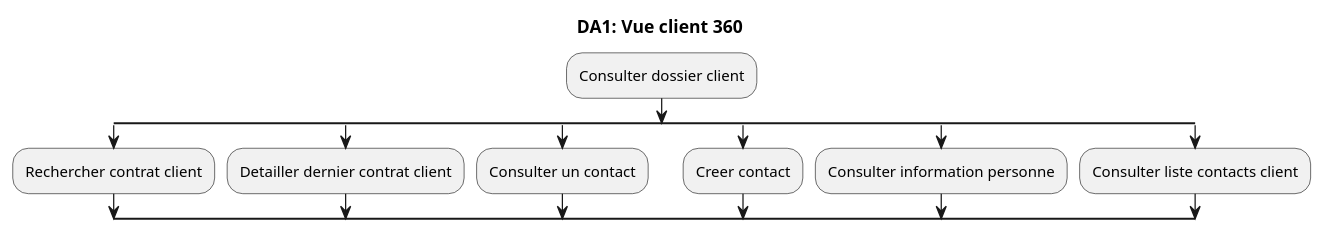
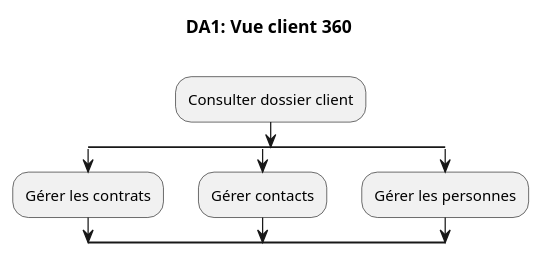
One commit to if-h4102/pld-mars changed the diagram in CU001 - Consultation du dossier Client - Vue 360°/DA001.puml. Above: the diagram before and after it, drawn with PlantUML. The commit also changed 3 other files, not shown here.

```diff
--- a/CU001 - Consultation du dossier Client - Vue 360°/DA001.puml
+++ b/CU001 - Consultation du dossier Client - Vue 360°/DA001.puml
@@ -1,19 +1,13 @@
 @startuml
-title DA1: Vue client 360
+title DA1: Vue client 360\n
 :Consulter dossier client;
 
-	split
-		:Rechercher contrat client;
-	split again
-		:Detailler dernier contrat client;
-	split again
-		:Consulter un contact;
-	split again
-		:Creer contact;
-	split again
-		:Consulter information personne;
-	split again
-		:Consulter liste contacts client;
-	end split
+split
+    :Gérer les contrats;
+split again
+    :Gérer contacts;
+split again
+    :Gérer les personnes;
+end split
 
 @enduml
```
